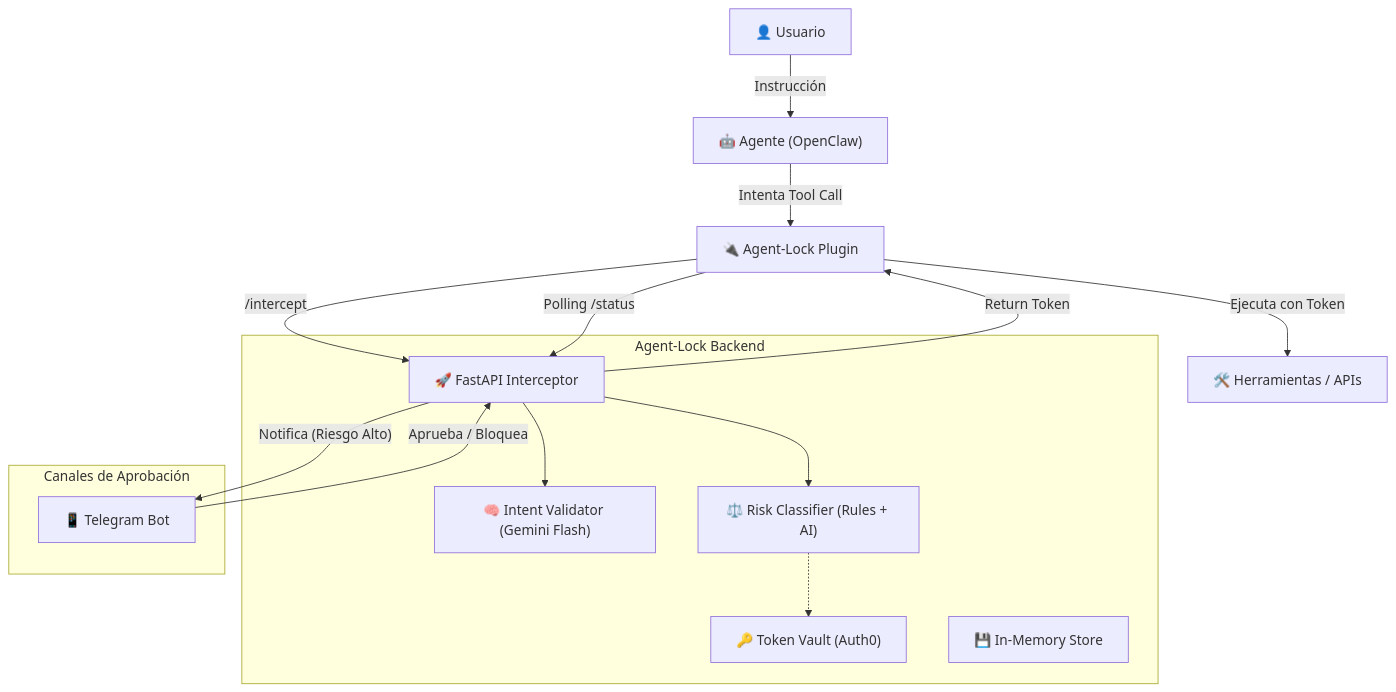
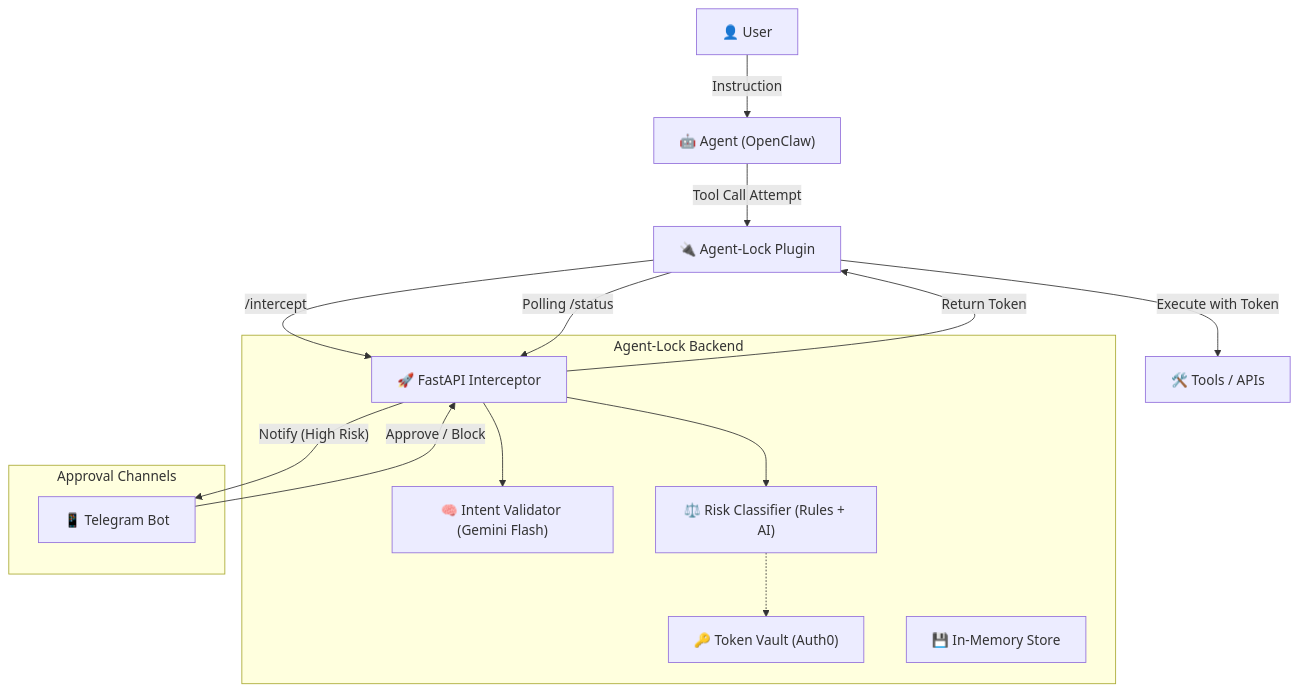
The diagram in ARCHITECTURE.md (edies76/agent-locker), drawn with Mermaid before and after one commit. The commit also changed other lines of this file and 13 other files, not shown here.

````diff
--- a/ARCHITECTURE.md
+++ b/ARCHITECTURE.md
@@ -18,30 +18,30 @@
 ```mermaid
 graph TD
-    User["👤 Usuario"] -- "Instrucción" --> Agent["🤖 Agente (OpenClaw)"]
-    Agent -- "Intenta Tool Call" --> Plugin["🔌 Agent-Lock Plugin"]
+    User["👤 User"] -- "Instruction" --> Agent["🤖 Agent (OpenClaw)"]
+    Agent -- "Tool Call Attempt" --> Plugin["🔌 Agent-Lock Plugin"]
     
     subgraph "Agent-Lock Backend"
         API["🚀 FastAPI Interceptor"]
         IV["🧠 Intent Validator (Gemini Flash)"]
         RC["⚖️ Risk Classifier (Rules + AI)"]
         TV["🔑 Token Vault (Auth0)"]
         Store["💾 In-Memory Store"]
     end
     
     Plugin -- "/intercept" --> API
     API --> IV
     API --> RC
     RC -.-> TV
     
-    subgraph "Canales de Aprobación"
+    subgraph "Approval Channels"
         TG["📱 Telegram Bot"]
     end
     
-    API -- "Notifica (Riesgo Alto)" --> TG
-    TG -- "Aprueba / Bloquea" --> API
+    API -- "Notify (High Risk)" --> TG
+    TG -- "Approve / Block" --> API
     
     Plugin -- "Polling /status" --> API
     API -- "Return Token" --> Plugin
     
-    Plugin -- "Ejecuta con Token" --> Tools["🛠️ Herramientas / APIs"]
+    Plugin -- "Execute with Token" --> Tools["🛠️ Tools / APIs"]
 ```
````
